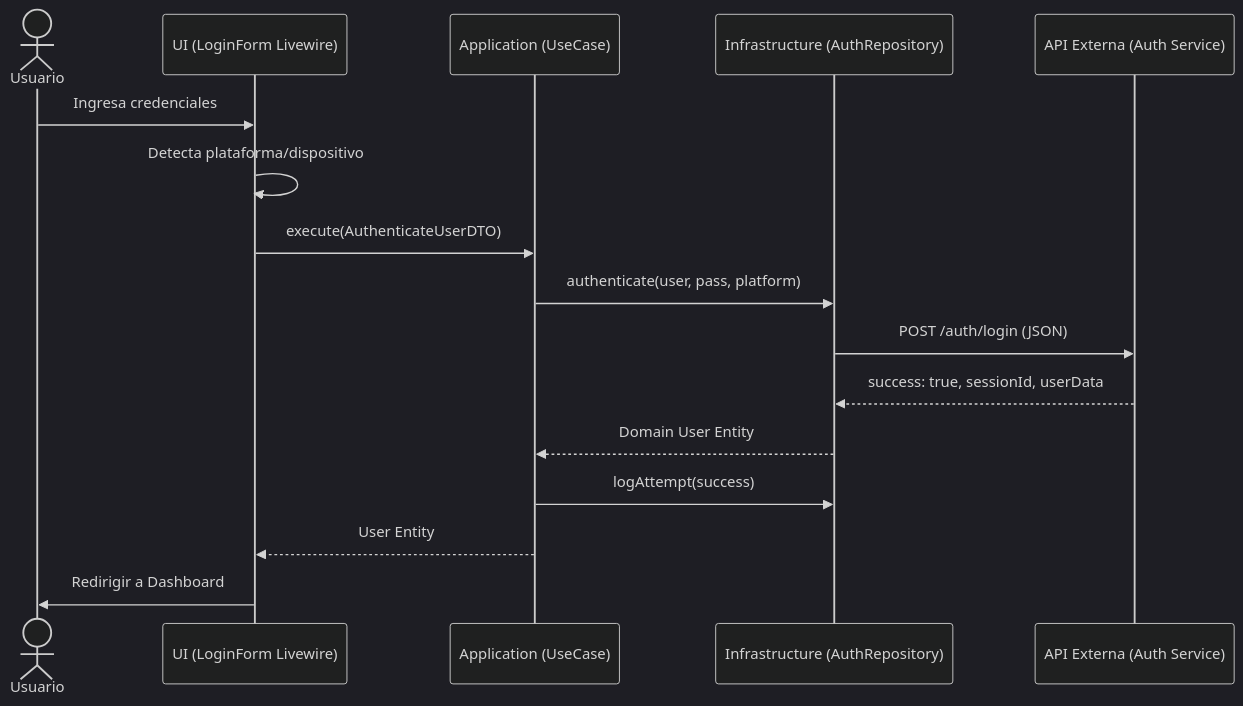
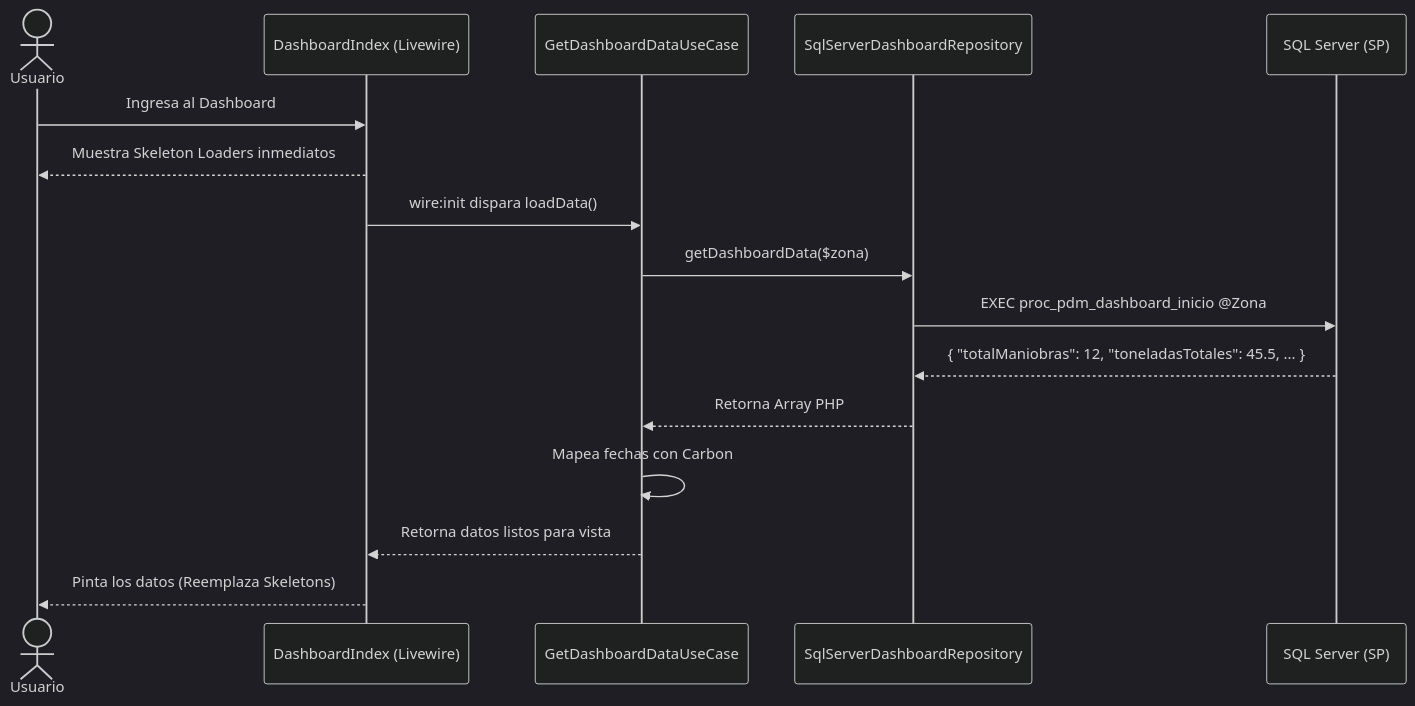
The second of 2 diagrams in README.md (mariovaldez-dev/crew-modules-customer), drawn with Mermaid (dark theme) before and after one commit. The commit also changed other lines of this file, not shown here.

````diff
--- a/README.md
+++ b/README.md
@@ -55,19 +58,19 @@
 ```mermaid
 sequenceDiagram
     actor Usuario
-    participant UI as UI (LoginForm Livewire)
-    participant APP as Application (UseCase)
-    participant INF as Infrastructure (AuthRepository)
-    participant API as API Externa (Auth Service)
+    participant UI as DashboardIndex (Livewire)
+    participant UC as GetDashboardDataUseCase
+    participant Repo as SqlServerDashboardRepository
+    participant DB as SQL Server (SP)
 
-    Usuario->>UI: Ingresa credenciales
-    UI->>UI: Detecta plataforma/dispositivo
-    UI->>APP: execute(AuthenticateUserDTO)
-    APP->>INF: authenticate(user, pass, platform)
-    INF->>API: POST /auth/login (JSON)
-    API-->>INF: success: true, sessionId, userData
-    INF-->>APP: Domain User Entity
-    APP->>INF: logAttempt(success)
-    APP-->>UI: User Entity
-    UI->>Usuario: Redirigir a Dashboard
+    Usuario->>UI: Ingresa al Dashboard
+    UI-->>Usuario: Muestra Skeleton Loaders inmediatos
+    UI->>UC: wire:init dispara loadData()
+    UC->>Repo: getDashboardData($zona)
+    Repo->>DB: EXEC proc_pdm_dashboard_inicio @Zona
+    DB-->>Repo: { "totalManiobras": 12, "toneladasTotales": 45.5, ... }
+    Repo-->>UC: Retorna Array PHP
+    UC->>UC: Mapea fechas con Carbon
+    UC-->>UI: Retorna datos listos para vista
+    UI-->>Usuario: Pinta los datos (Reemplaza Skeletons)
 ```
````
